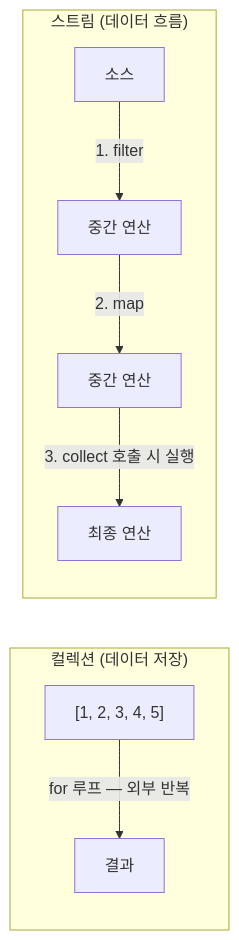
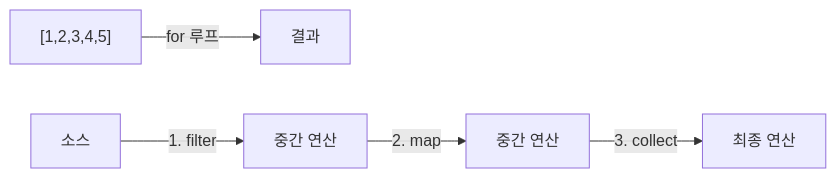
The first of 4 diagrams in _posts/java/2026-05-01-java-stream.md (yjkim2015/yjkim2015.github.io), drawn with Mermaid before and after one commit. The commit also changed other lines of this file and 155 other files, not shown here.

First line of the commit message:
Mermaid 전면 수정: subgraph 제거, participant/노드/줄수 축소 (342블록)

````diff
--- a/_posts/java/2026-05-01-java-stream.md
+++ b/_posts/java/2026-05-01-java-stream.md
@@ -20,12 +20,7 @@
 ```mermaid
 graph LR
-  subgraph "컬렉션 (데이터 저장)"
-    D["[1, 2, 3, 4, 5]"]
-    D -->|"for 루프 — 외부 반복"| R1["결과"]
-  end
-  subgraph "스트림 (데이터 흐름)"
-    S["소스"] -->|"1. filter"| F["중간 연산"]
-    F -->|"2. map"| M["중간 연산"]
-    M -->|"3. collect 호출 시 실행"| R2["최종 연산"]
-  end
+  D["[1,2,3,4,5]"] -->|"for 루프"| R1["결과"]
+  S["소스"] -->|"1. filter"| F["중간 연산"]
+  F -->|"2. map"| M["중간 연산"]
+  M -->|"3. collect"| R2["최종 연산"]
 ```
````
